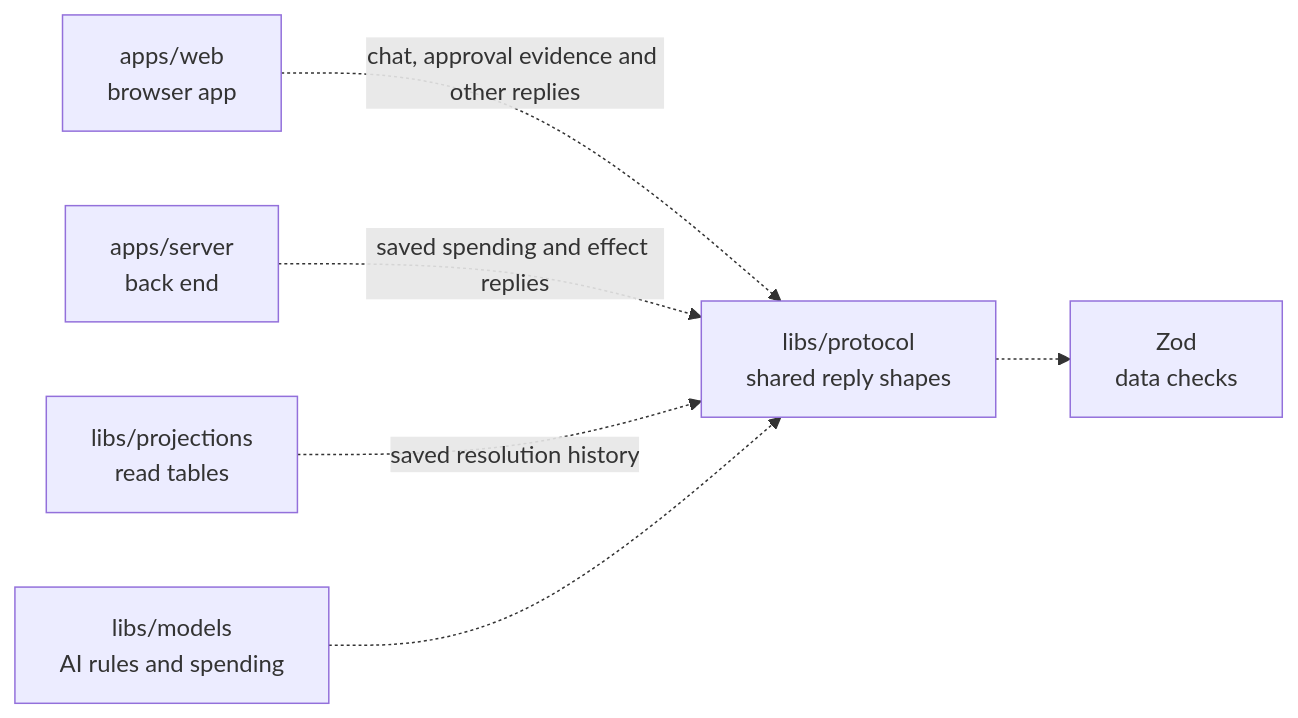
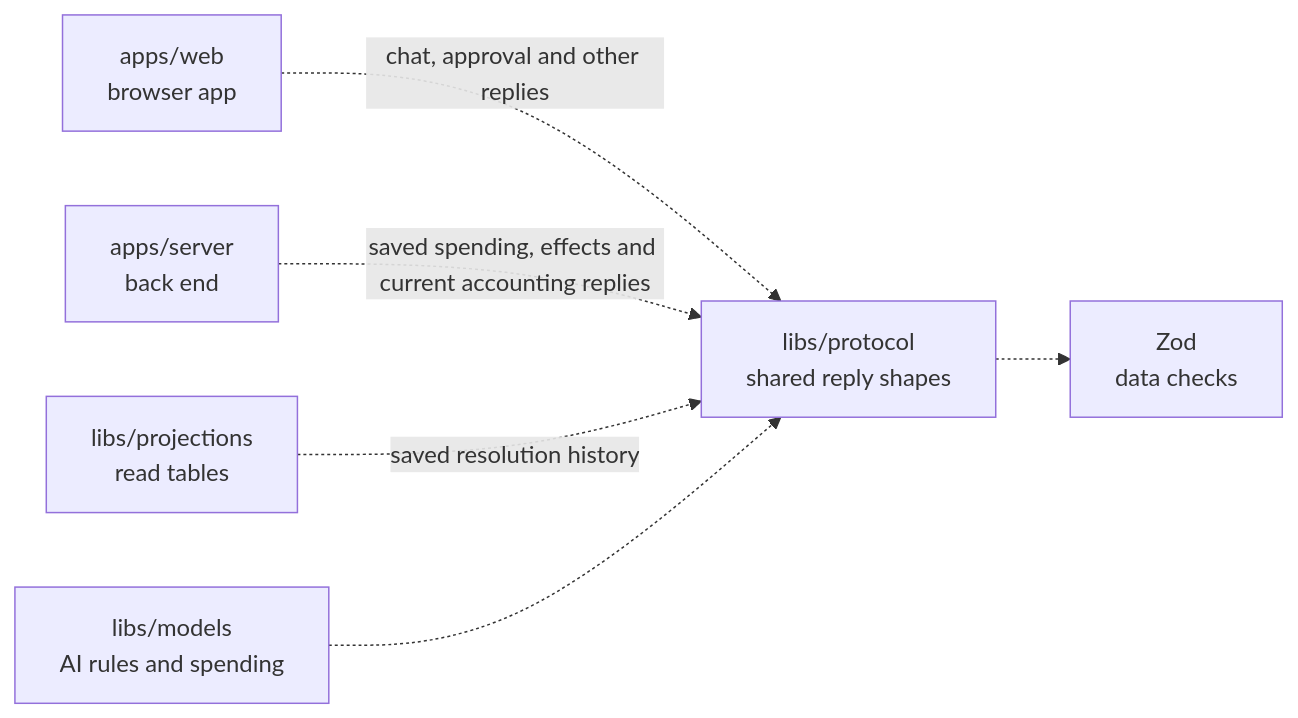
The diagram in libs/protocol/README.md (elewa-git/opencrane-new), drawn with Mermaid before and after one commit. The commit also changed other lines of this file and 8 other files, not shown here.

Commit message:
💶 Show current accounting beside saved resolution evidence

````diff
--- a/libs/protocol/README.md
+++ b/libs/protocol/README.md
@@ -29,8 +31,8 @@
 ```mermaid
 flowchart LR
-  web["apps/web<br/>browser app"] -.->|chat, approval evidence and other replies| protocol["libs/protocol<br/>shared reply shapes"]
-  server["apps/server<br/>back end"] -.->|saved spending and effect replies| protocol
+  web["apps/web<br/>browser app"] -.->|chat, approval and other replies| protocol["libs/protocol<br/>shared reply shapes"]
+  server["apps/server<br/>back end"] -.->|saved spending, effects and current accounting replies| protocol
   projections["libs/projections<br/>read tables"] -.->|saved resolution history| protocol
   models["libs/models<br/>AI rules and spending"] -.-> protocol
   protocol -.-> zod["Zod<br/>data checks"]
 ```
````
